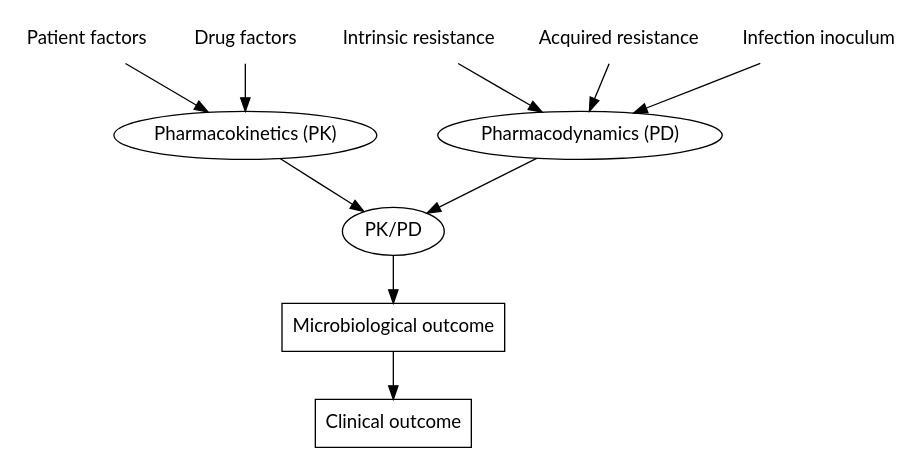
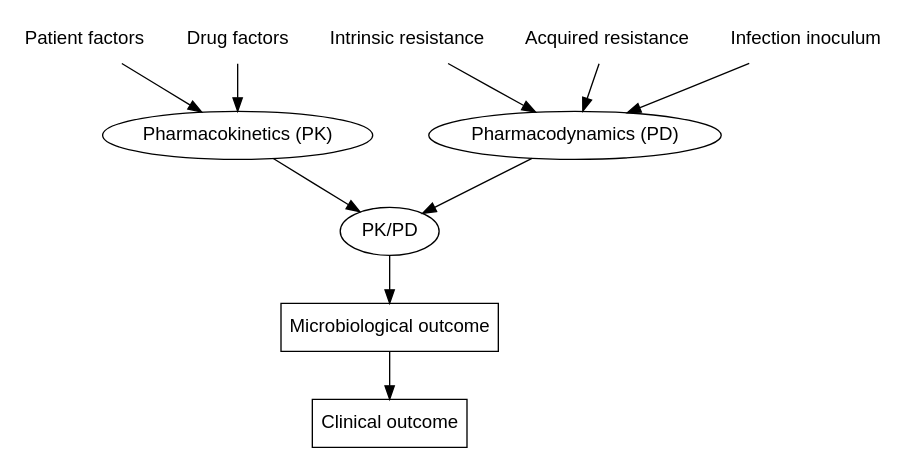
The first of 3 diagrams in chapter-slides.qmd (Russlewisbo/pkpd), drawn with Graphviz before and after one commit. The commit also changed other lines of this file and 8 other files, not shown here.

````diff
--- a/chapter-slides.qmd
+++ b/chapter-slides.qmd
@@ -143,29 +143,29 @@
 ```{dot}
 digraph G {
-	fontname="Lato,Arial,sans-serif"
-	node [fontname="Lato,Arial,sans-serif"]
-	edge [fontname="Lato,Arial,sans-serif"]
+	fontname="Helvetica,Arial,sans-serif"
+	node [fontname="Helvetica,Arial,sans-serif"]
+	edge [fontname="Helvetica,Arial,sans-serif"]
 
 
 patient -> PK;
 drug -> PK;
 intrinsic-> PD;
 acquired -> PD;
 inoculum -> PD;
 PK -> PKPD;
 PD -> PKPD;
 PKPD -> microbiological;
 microbiological -> clinical;
 
   clinical [shape=box, label="Clinical outcome"];
   microbiological [shape=box, label="Microbiological outcome"];
   PK [shape=oval, label="Pharmacokinetics (PK)"];
   PD [shape=oval, label="Pharmacodynamics (PD)"];
   PKPD [shape=oval, label="PK/PD"];
   patient [shape=none, label="Patient factors"];
   drug [shape=none, label="Drug factors"];
   intrinsic [shape=none, label="Intrinsic resistance"];
   acquired [shape=none, label="Acquired resistance"];
   inoculum [shape=none, label="Infection inoculum"];
 }
 ```
````
